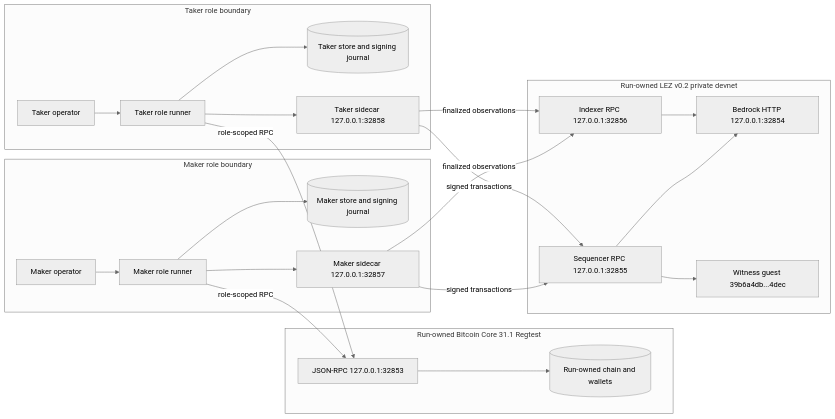
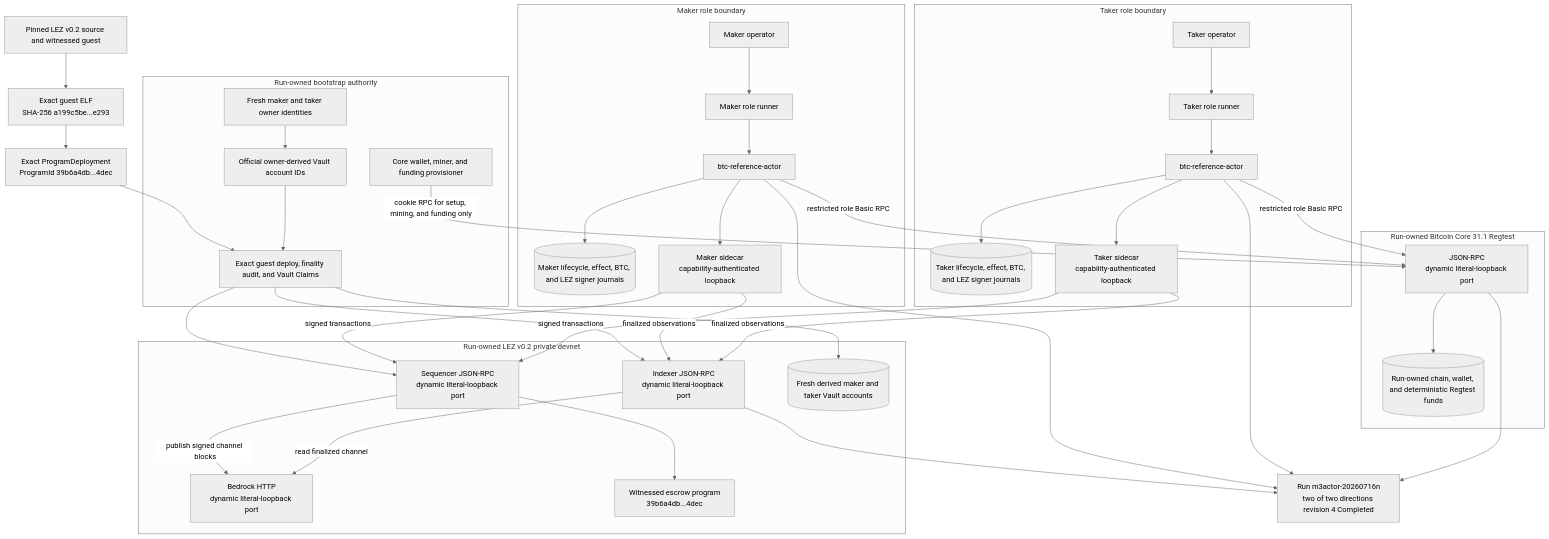
The second of 16 diagrams in docs/architecture/system-architecture.md (gateway-fm/lez-atomic-swaps), drawn with Mermaid (neutral theme) before and after one commit. The commit also changed other lines of this file and 14 other files, not shown here.

````diff
--- a/docs/architecture/system-architecture.md
+++ b/docs/architecture/system-architecture.md
@@ -89,45 +106,76 @@
 ```mermaid
-flowchart LR
+flowchart TB
+    Source["Pinned LEZ v0.2 source and witnessed guest"]
+    Artifact["Exact guest ELF<br/>SHA-256 a199c5be...e293"]
+    Deployment["Exact ProgramDeployment<br/>ProgramId 39b6a4db...4dec"]
+
+    subgraph Bootstrap["Run-owned bootstrap authority"]
+        Identity["Fresh maker and taker owner identities"]
+        VaultDerive["Official owner-derived Vault account IDs"]
+        CoreProvisioner["Core wallet, miner, and funding provisioner"]
+        LezBootstrap["Exact guest deploy, finality audit, and Vault Claims"]
+        Identity --> VaultDerive
+    end
+
     subgraph MakerHost["Maker role boundary"]
         Maker["Maker operator"]
         MakerRunner["Maker role runner"]
-        MakerStore[("Maker store and signing journal")]
-        MakerSidecar["Maker sidecar 127.0.0.1:32857"]
+        MakerActor["btc-reference-actor"]
+        MakerStore[("Maker lifecycle, effect, BTC, and LEZ signer journals")]
+        MakerSidecar["Maker sidecar<br/>capability-authenticated loopback"]
         Maker --> MakerRunner
-        MakerRunner --> MakerStore
-        MakerRunner --> MakerSidecar
+        MakerRunner --> MakerActor
+        MakerActor --> MakerStore
+        MakerActor --> MakerSidecar
     end
 
     subgraph TakerHost["Taker role boundary"]
         Taker["Taker operator"]
         TakerRunner["Taker role runner"]
-        TakerStore[("Taker store and signing journal")]
-        TakerSidecar["Taker sidecar 127.0.0.1:32858"]
+        TakerActor["btc-reference-actor"]
+        TakerStore[("Taker lifecycle, effect, BTC, and LEZ signer journals")]
+        TakerSidecar["Taker sidecar<br/>capability-authenticated loopback"]
         Taker --> TakerRunner
-        TakerRunner --> TakerStore
-        TakerRunner --> TakerSidecar
+        TakerRunner --> TakerActor
+        TakerActor --> TakerStore
+        TakerActor --> TakerSidecar
     end
 
     subgraph BitcoinStack["Run-owned Bitcoin Core 31.1 Regtest"]
-        Core["JSON-RPC 127.0.0.1:32853"]
-        CoreState[("Run-owned chain and wallets")]
+        Core["JSON-RPC<br/>dynamic literal-loopback port"]
+        CoreState[("Run-owned chain, wallet, and deterministic Regtest funds")]
         Core --> CoreState
     end
 
     subgraph LezStack["Run-owned LEZ v0.2 private devnet"]
-        Sequencer["Sequencer RPC 127.0.0.1:32855"]
-        Bedrock["Bedrock HTTP 127.0.0.1:32854"]
-        Indexer["Indexer RPC 127.0.0.1:32856"]
-        Guest["Witness guest 39b6a4db...4dec"]
-        Sequencer --> Bedrock
-        Indexer --> Bedrock
-        Sequencer --> Guest
+        Sequencer["Sequencer JSON-RPC<br/>dynamic literal-loopback port"]
+        Bedrock["Bedrock HTTP<br/>dynamic literal-loopback port"]
+        Indexer["Indexer JSON-RPC<br/>dynamic literal-loopback port"]
+        Vaults[("Fresh derived maker and taker Vault accounts")]
+        Escrow["Witnessed escrow program<br/>39b6a4db...4dec"]
+        Sequencer -->|"publish signed channel blocks"| Bedrock
+        Indexer -->|"read finalized channel"| Bedrock
+        Sequencer --> Escrow
     end
 
-    MakerRunner -->|"role-scoped RPC"| Core
-    TakerRunner -->|"role-scoped RPC"| Core
+    Source --> Artifact
+    Artifact --> Deployment
+    Deployment --> LezBootstrap
+    VaultDerive --> LezBootstrap
+    LezBootstrap --> Sequencer
+    LezBootstrap --> Indexer
+    LezBootstrap --> Vaults
+    CoreProvisioner -->|"cookie RPC for setup, mining, and funding only"| Core
+    MakerActor -->|"restricted role Basic RPC"| Core
+    TakerActor -->|"restricted role Basic RPC"| Core
     MakerSidecar -->|"signed transactions"| Sequencer
     TakerSidecar -->|"signed transactions"| Sequencer
     MakerSidecar -->|"finalized observations"| Indexer
     TakerSidecar -->|"finalized observations"| Indexer
+
+    Terminal["Run m3actor-20260716n<br/>two of two directions revision 4 Completed"]
+    MakerActor --> Terminal
+    TakerActor --> Terminal
+    Core --> Terminal
+    Indexer --> Terminal
 ```
````
